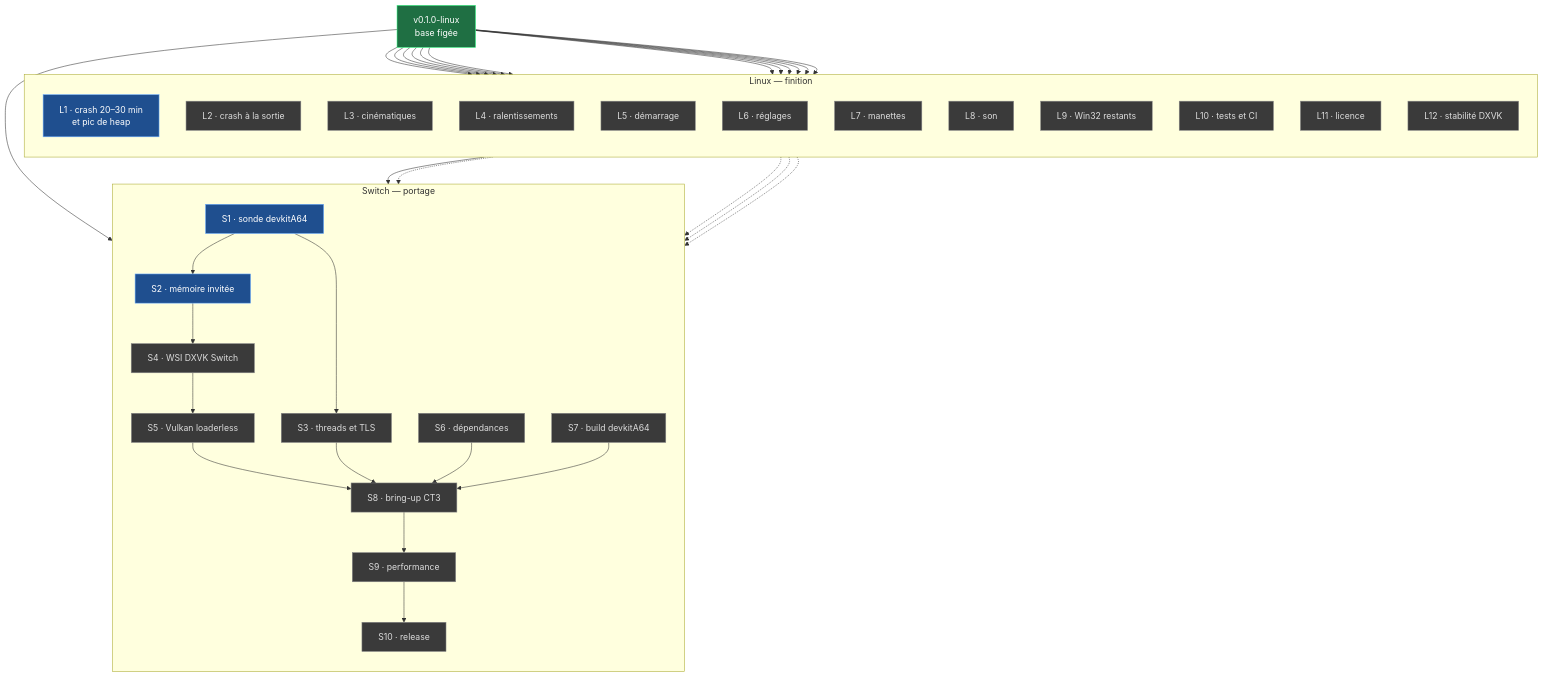
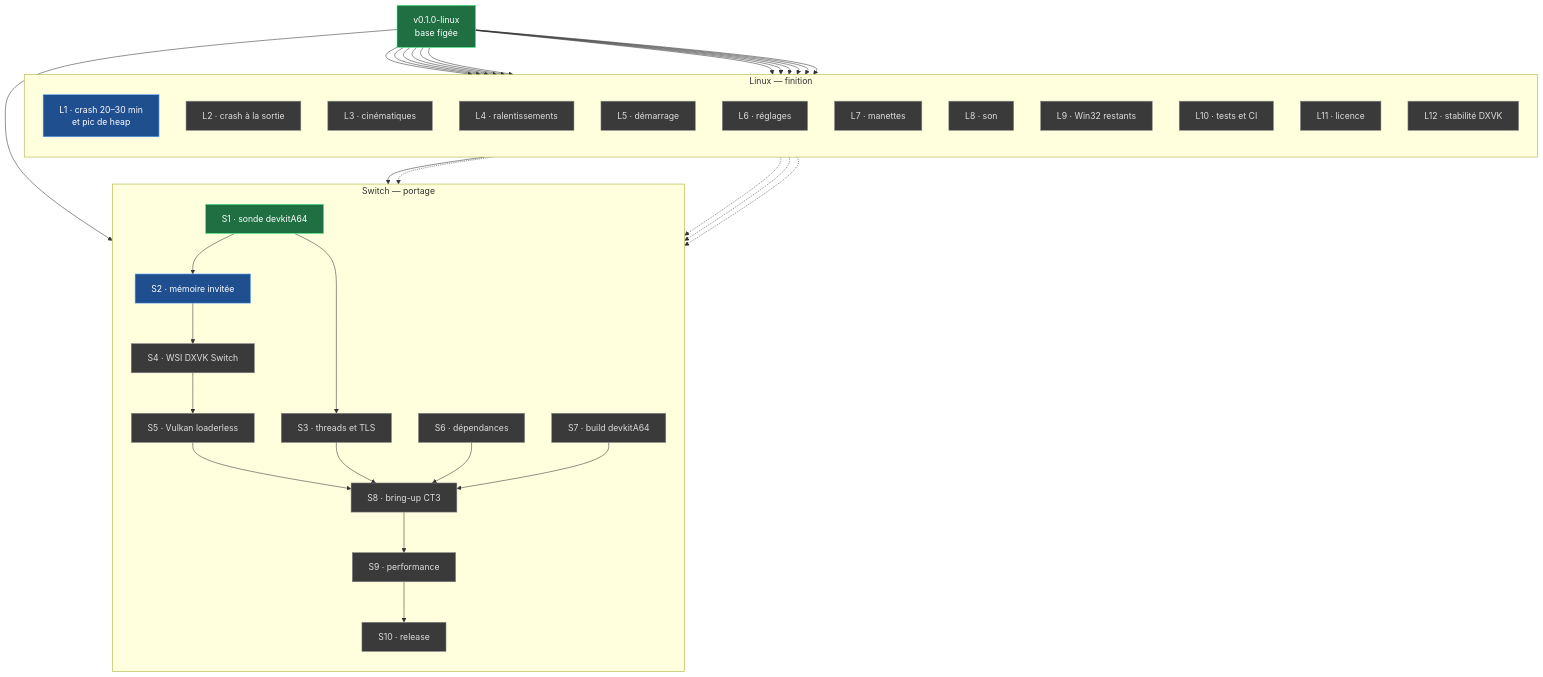
One commit to sdiraimondo/ct3-recomp changed the first of 2 diagrams in docs/ROADMAP.md. Above: the diagram before and after it, drawn with Mermaid. The commit also changed other lines of this file and 6 other files, not shown here.

````diff
--- a/docs/ROADMAP.md
+++ b/docs/ROADMAP.md
@@ -33,72 +34,72 @@
 ```mermaid
 flowchart TB
   subgraph L["Linux — finition"]
     direction TB
     L1["L1 · crash 20–30 min<br/>et pic de heap"]
     L2["L2 · crash à la sortie"]
     L3["L3 · cinématiques"]
     L4["L4 · ralentissements"]
     L5["L5 · démarrage"]
     L6["L6 · réglages"]
     L7["L7 · manettes"]
     L8["L8 · son"]
     L9["L9 · Win32 restants"]
     L10["L10 · tests et CI"]
     L11["L11 · licence"]
     L12["L12 · stabilité DXVK"]
   end
 
   subgraph S["Switch — portage"]
     direction TB
     S1["S1 · sonde devkitA64"]
     S2["S2 · mémoire invitée"]
     S3["S3 · threads et TLS"]
     S4["S4 · WSI DXVK Switch"]
     S5["S5 · Vulkan loaderless"]
     S6["S6 · dépendances"]
     S7["S7 · build devkitA64"]
     S8["S8 · bring-up CT3"]
     S9["S9 · performance"]
     S10["S10 · release"]
   end
 
   V["v0.1.0-linux<br/>base figée"]
 
   V --> L1
   V --> L2
   V --> L3
   V --> L4
   V --> L5
   V --> L6
   V --> L7
   V --> L8
   V --> L9
   V --> L10
   V --> L11
   V --> L12
   V --> S1
 
   L1 --> S2
   S1 --> S2
   S1 --> S3
   S2 --> S4
   S4 --> S5
   S5 --> S8
   S3 --> S8
   S6 --> S8
   S7 --> S8
   S8 --> S9
   S9 --> S10
 
   L3 -.-> S6
   L9 -.-> S6
   L4 -.-> S9
   L12 -.-> S9
 
   classDef done fill:#1f6f43,stroke:#39ff88,color:#fff
   classDef next fill:#1f4f8f,stroke:#66aaff,color:#fff
   classDef todo fill:#3a3a3a,stroke:#888,color:#ddd
-  class V done
-  class L1,S1,S2 next
+  class V,S1 done
+  class L1,S2 next
   class L2,L3,L4,L5,L6,L7,L8,L9,L10,L11,L12,S3,S4,S5,S6,S7,S8,S9,S10 todo
 ```
````
